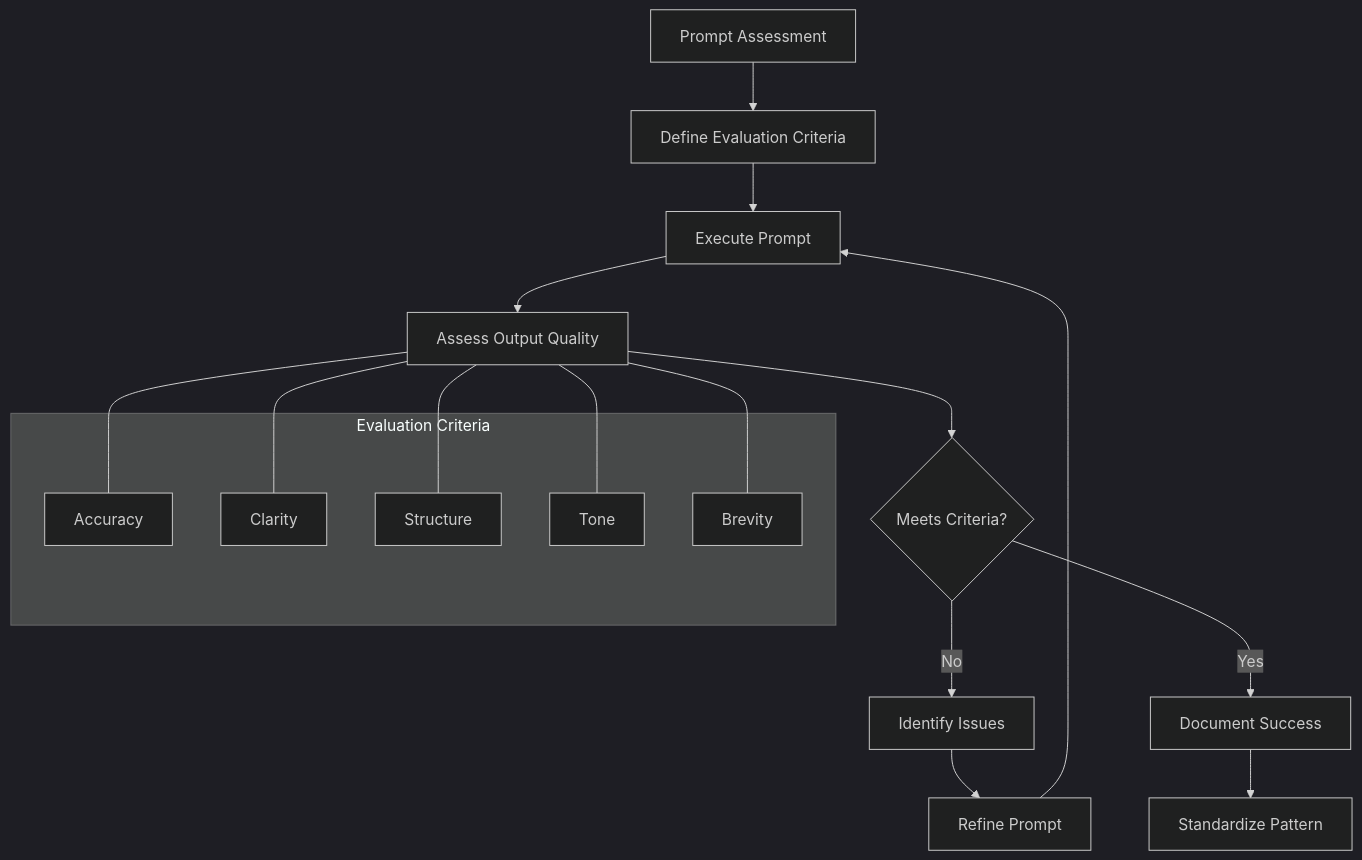
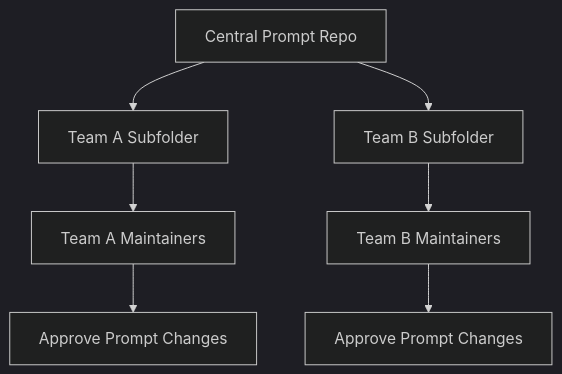
Before and after one commit to CRollins6020/CRollins6020: the fourth of 6 diagrams in User-Guides/Enterprise Prompt Engineering Handbook.md, drawn with Mermaid (dark theme). The commit also changed other lines of this file, not shown here.

Commit message:
Update Enterprise Prompt Engineering Handbook.md

````diff
--- a/User-Guides/Enterprise Prompt Engineering Handbook.md
+++ b/User-Guides/Enterprise Prompt Engineering Handbook.md
@@ -373,24 +161,9 @@
 ```mermaid
 graph TD
-    A[Prompt Assessment] --> B[Define Evaluation Criteria]
-    B --> C[Execute Prompt]
-    C --> D[Assess Output Quality]
-    D --> E{Meets Criteria?}
-    
-    E -->|No| F[Identify Issues]
-    F --> G[Refine Prompt]
-    G --> C
-    
-    E -->|Yes| H[Document Success]
-    H --> I[Standardize Pattern]
-    
-    subgraph "Evaluation Criteria"
-        J[Accuracy]
-        K[Clarity]
-        L[Structure]
-        M[Tone]
-        N[Brevity]
-    end
-    
-    D --- J & K & L & M & N
+A[Central Prompt Repo] --> B[Team A Subfolder]
+A --> C[Team B Subfolder]
+B --> D[Team A Maintainers]
+C --> E[Team B Maintainers]
+D --> F[Approve Prompt Changes]
+E --> G[Approve Prompt Changes]
 ```
````
